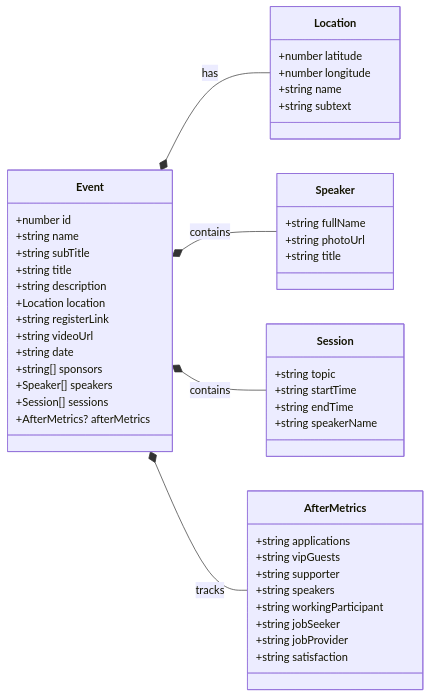
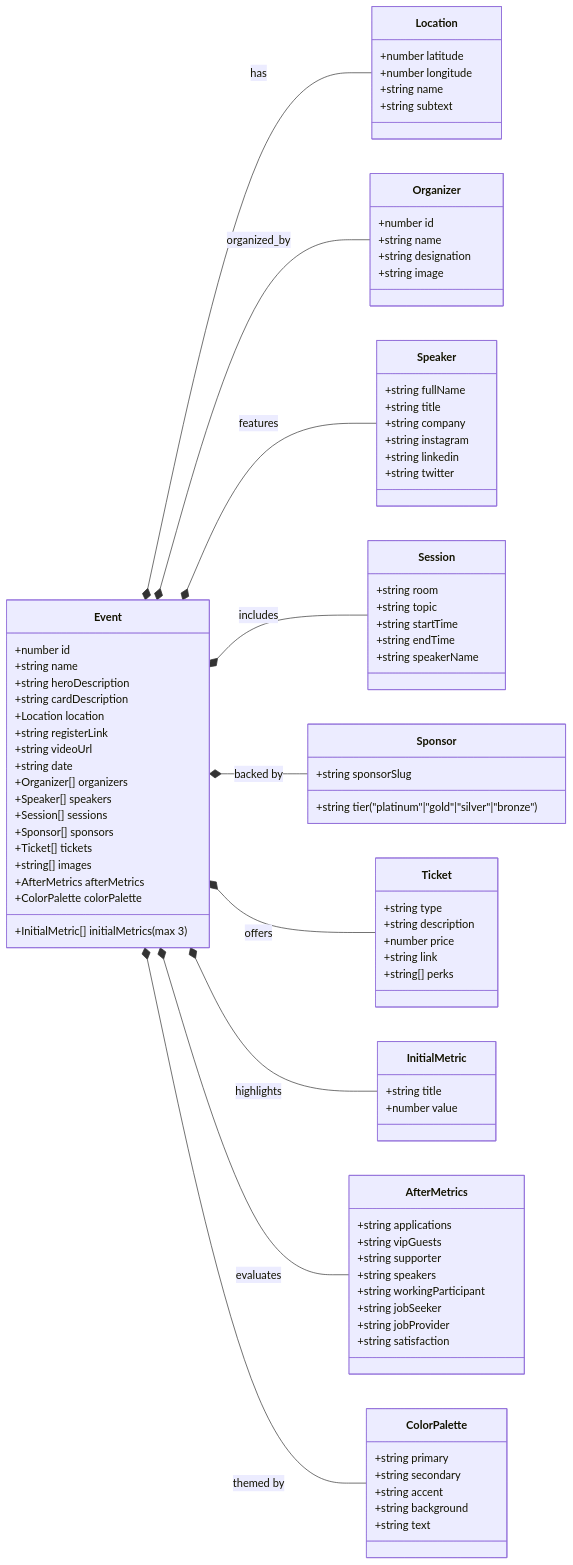
Before and after one commit to devmultigroup/multigroup-event-page: the diagram in README-ENG.md, drawn with Mermaid. The commit also changed other lines of this file and 17 other files, not shown here.

````diff
--- a/README-ENG.md
+++ b/README-ENG.md
@@ -37,17 +48,21 @@
     class Event {
         +number id
         +string name
-        +string subTitle
-        +string title
-        +string description
+        +string heroDescription
+        +string cardDescription
         +Location location
         +string registerLink
         +string videoUrl
         +string date
-        +string[] sponsors
+        +Organizer[] organizers
         +Speaker[] speakers
         +Session[] sessions
-        +AfterMetrics? afterMetrics
+        +Sponsor[] sponsors
+        +Ticket[] tickets
+        +string[] images
+        +InitialMetric[] initialMetrics (max 3)
+        +AfterMetrics afterMetrics
+        +ColorPalette colorPalette
     }
 
     class Location {
@@ -59,15 +74,44 @@
 
     class Speaker {
         +string fullName
-        +string photoUrl
         +string title
+        +string company
+        +string instagram
+        +string linkedin
+        +string twitter
+    }
+
+    class Organizer {
+        +number id
+        +string name
+        +string designation
+        +string image
     }
 
     class Session {
+        +string room
         +string topic
         +string startTime
         +string endTime
         +string speakerName
+    }
+
+    class Sponsor {
+        +string tier ("platinum"|"gold"|"silver"|"bronze")
+        +string sponsorSlug
+    }
+
+    class Ticket {
+        +string type
+        +string description
+        +number price
+        +string link
+        +string[] perks
+    }
+
+    class InitialMetric {
+        +string title
+        +number value
     }
 
     class AfterMetrics {
@@ -81,8 +125,22 @@
         +string satisfaction
     }
 
+    class ColorPalette {
+        +string primary
+        +string secondary
+        +string accent
+        +string background
+        +string text
+    }
+
     Event *-- Location : has
-    Event *-- Speaker : contains
-    Event *-- Session : contains
-    Event *-- AfterMetrics : tracks
+    Event *-- Organizer : organized_by
+    Event *-- Speaker : features
+    Event *-- Session : includes
+    Event *-- Sponsor : backed by
+    Event *-- Ticket : offers
+    Event *-- InitialMetric : highlights
+    Event *-- AfterMetrics : evaluates
+    Event *-- ColorPalette : themed by
+
 ```
````
